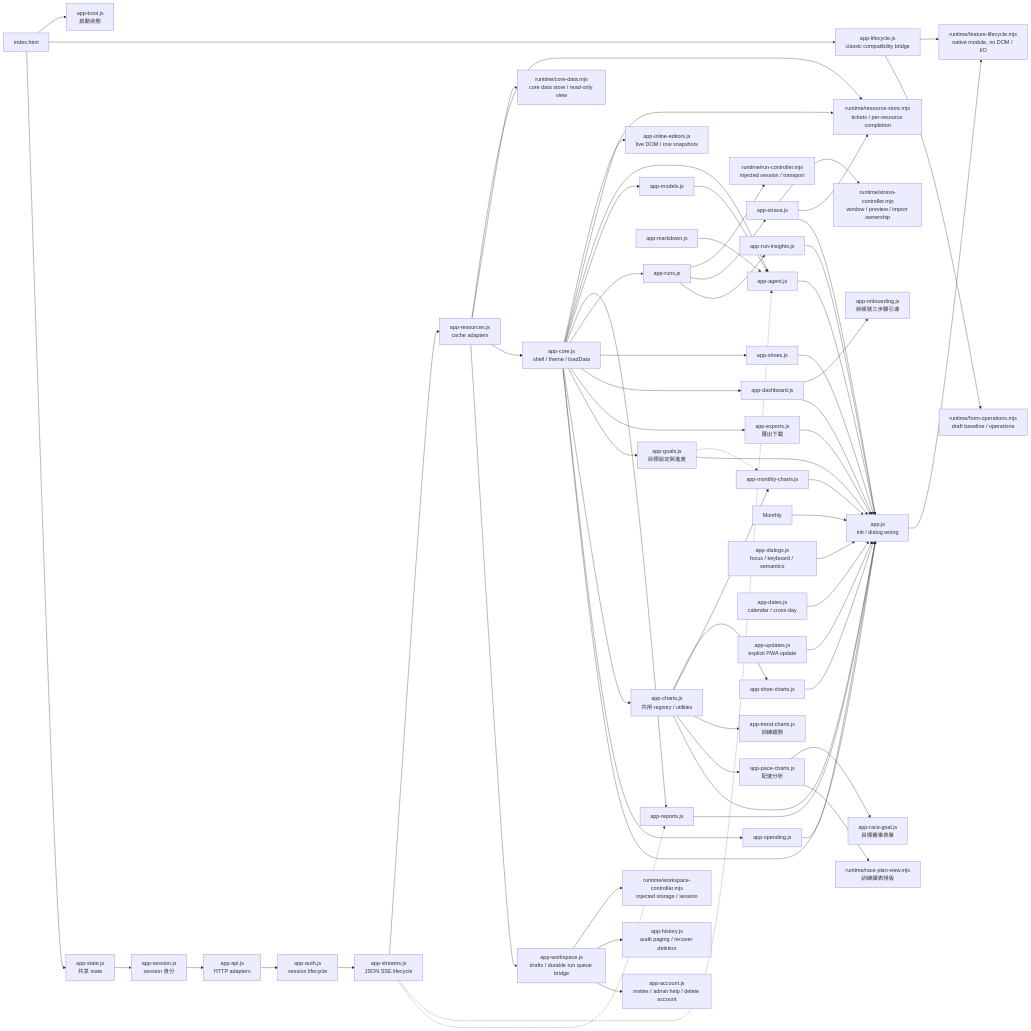
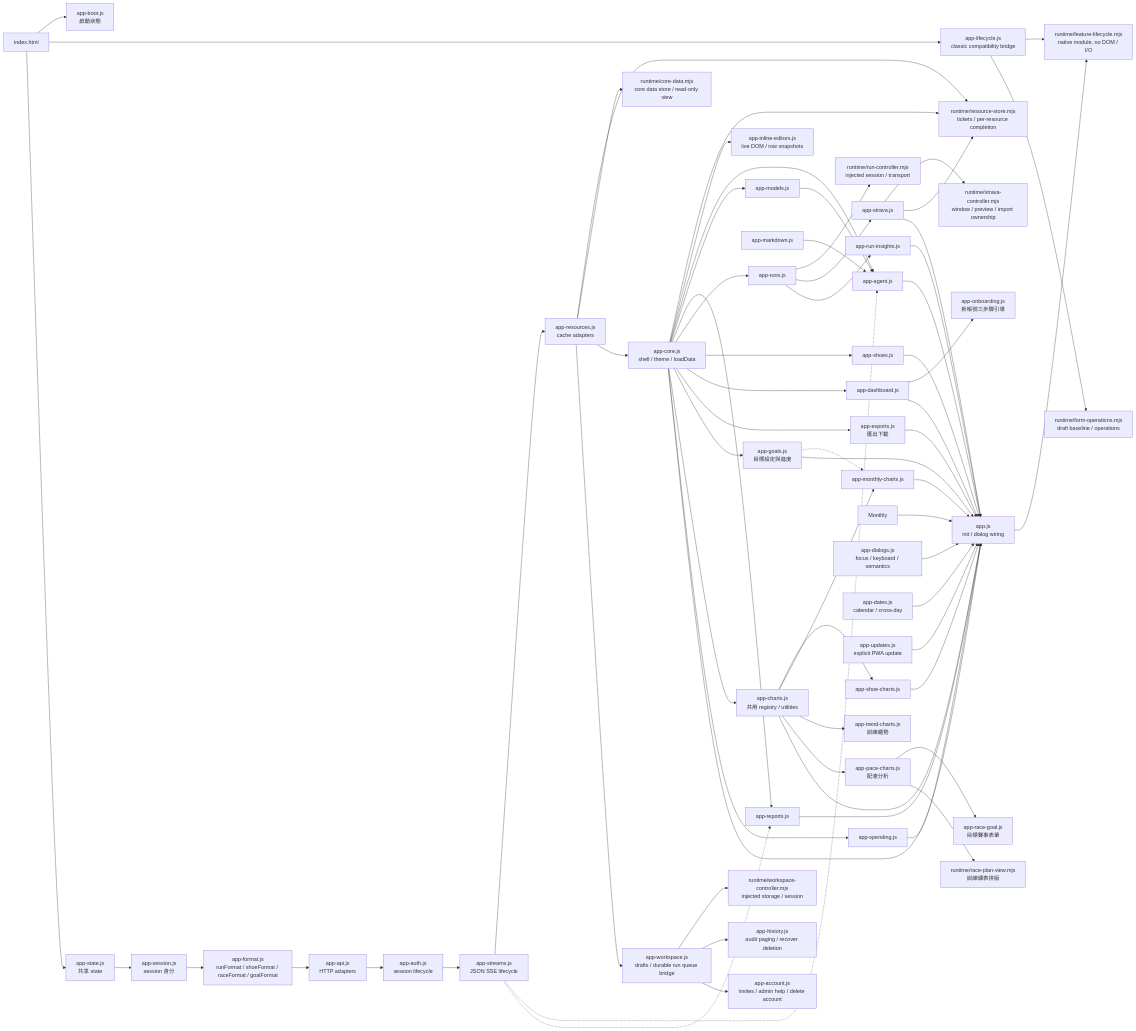
Before and after one commit to Teng91/running-shoes: the sixth of 15 diagrams in docs/architecture.md, drawn with Mermaid. The commit also changed other lines of this file and 22 other files, not shown here.

````diff
--- a/docs/architecture.md
+++ b/docs/architecture.md
@@ -211,67 +211,68 @@
 ```mermaid
 flowchart LR
     HTML[index.html] --> Boot[app-boot.js<br/>啟動狀態]
     HTML --> Lifecycle[app-lifecycle.js<br/>classic compatibility bridge]
     Bootstrap --> Native[runtime/feature-lifecycle.mjs<br/>native module, no DOM / I/O]
     Lifecycle --> Native
     HTML --> State[app-state.js<br/>共享 state]
     State --> Session[app-session.js<br/>session 身分]
-    Session --> API[app-api.js<br/>HTTP adapters]
+    Session --> Format[app-format.js<br/>runFormat / shoeFormat / raceFormat / goalFormat]
+    Format --> API[app-api.js<br/>HTTP adapters]
     API --> AuthUI[app-auth.js<br/>session lifecycle]
     AuthUI --> Streams[app-streams.js<br/>JSON SSE lifecycle]
     Streams --> Resources[app-resources.js<br/>cache adapters]
     Resources --> Store[runtime/resource-store.mjs<br/>tickets / per-resource completion]
     Resources --> CoreData[runtime/core-data.mjs<br/>core data store / read-only view]
     Resources --> Core[app-core.js<br/>shell / theme / loadData]
     Resources --> Workspace[app-workspace.js<br/>drafts / durable run queue bridge]
     Workspace --> WorkspaceNative[runtime/workspace-controller.mjs<br/>injected storage / session]
     Workspace --> History[app-history.js<br/>audit paging / recover deletion]
     Workspace --> Account[app-account.js<br/>invites / admin help / delete account]
     Core --> Store
     Core --> Inline[app-inline-editors.js<br/>live DOM / row snapshots]
     Lifecycle --> Forms[runtime/form-operations.mjs<br/>draft baseline / operations]
     Streams -.-> AgentUI
     Streams -.-> ReportsUI
     Core --> AgentUI[app-agent.js]
     Core --> ModelsUI[app-models.js]
     ModelsUI --> AgentUI
     MarkdownUI[app-markdown.js] --> AgentUI
     Core --> ReportsUI[app-reports.js]
     Core --> RunCRUD[app-runs.js]
     RunCRUD --> RunNative[runtime/run-controller.mjs<br/>injected session / transport]
     RunCRUD --> StravaUI[app-strava.js]
     StravaUI --> StravaNative[runtime/strava-controller.mjs<br/>window / preview / import ownership]
     StravaUI --> Store
     RunCRUD --> RunInsights[app-run-insights.js]
     Core --> ShoesUI[app-shoes.js]
     Core --> Dashboard[app-dashboard.js]
     Dashboard --> Onboarding[app-onboarding.js<br/>新帳號三步驟引導]
     Core --> ExportsUI[app-exports.js<br/>匯出下載]
     Core --> GoalsUI[app-goals.js<br/>目標設定與進度]
     Core --> Charts[app-charts.js<br/>共用 registry / utilities]
     Charts --> ShoeCharts[app-shoe-charts.js]
     Charts --> MileageCharts[app-monthly-charts.js]
     Charts --> TrendCharts[app-trend-charts.js<br/>訓練趨勢]
     Charts --> PaceCharts[app-pace-charts.js<br/>配速分析]
     PaceCharts --> RaceGoal[app-race-goal.js<br/>目標賽事表單]
     PaceCharts --> RacePlanView[runtime/race-plan-view.mjs<br/>訓練課表排版]
     GoalsUI -.-> MileageCharts
     Core --> Spending[app-spending.js]
     Core --> Bootstrap[app.js<br/>init / dialog wiring]
     AgentUI --> Bootstrap
     ReportsUI --> Bootstrap
     StravaUI --> Bootstrap
     RunInsights --> Bootstrap
     ShoesUI --> Bootstrap
     Dashboard --> Bootstrap
     Monthly --> Bootstrap
     ExportsUI --> Bootstrap
     GoalsUI --> Bootstrap
     Charts --> Bootstrap
     ShoeCharts --> Bootstrap
     MileageCharts --> Bootstrap
     Spending --> Bootstrap
     Dialogs[app-dialogs.js<br/>focus / keyboard / semantics] --> Bootstrap
     Dates[app-dates.js<br/>calendar / cross-day] --> Bootstrap
     Updates[app-updates.js<br/>explicit PWA update] --> Bootstrap
 ```
````
